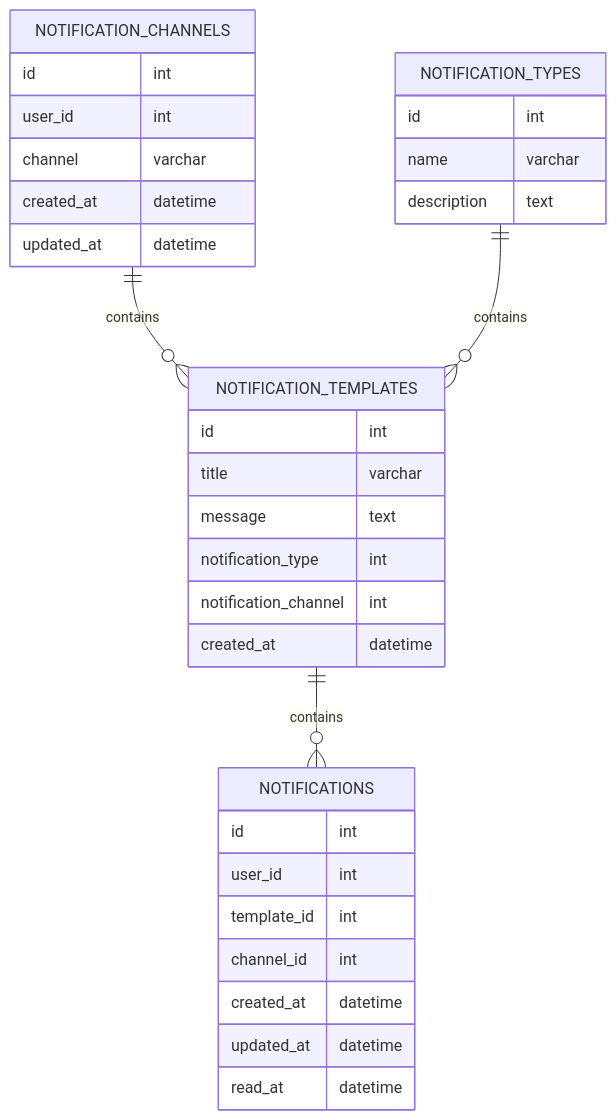
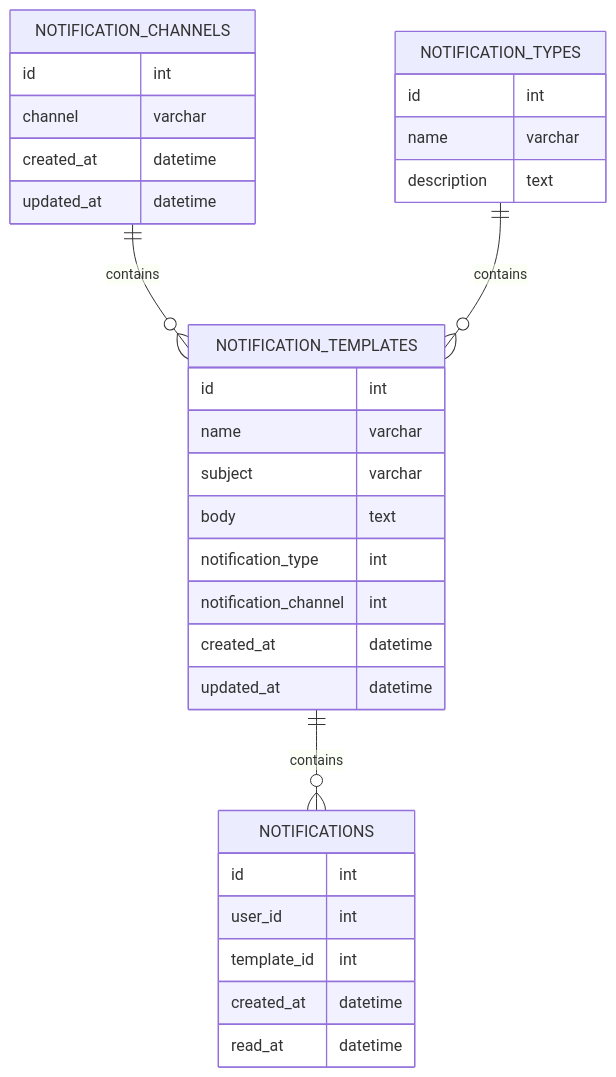
The fifth of 5 diagrams in docs/SCHEMA.md (prulloac/fineasy), drawn with Mermaid before and after one commit. The commit also changed other lines of this file and 13 other files, not shown here.

````diff
--- a/docs/SCHEMA.md
+++ b/docs/SCHEMA.md
@@ -223,43 +225,42 @@
 ```mermaid
 
 erDiagram
 
     NOTIFICATION_TEMPLATES {
         id int
-        title varchar
-        message text
+        name varchar
+        subject varchar
+        body text
         notification_type int
         notification_channel int
         created_at datetime
+        updated_at datetime
     }
 
     NOTIFICATION_TYPES {
         id int
         name varchar
         description text
     }
 
     NOTIFICATION_CHANNELS {
         id int
-        user_id int
         channel varchar
         created_at datetime
         updated_at datetime
     }
 
     NOTIFICATIONS {
         id int
         user_id int
         template_id int
-        channel_id int
         created_at datetime
-        updated_at datetime
         read_at datetime
     }
 
     NOTIFICATION_CHANNELS ||--o{ NOTIFICATION_TEMPLATES : contains
     NOTIFICATION_TYPES ||--o{ NOTIFICATION_TEMPLATES : contains
     NOTIFICATION_TEMPLATES ||--o{ NOTIFICATIONS : contains
 
     
 ```
````
